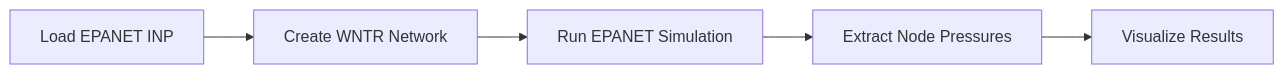
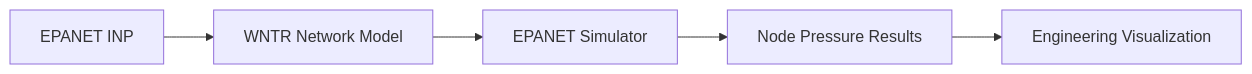
One commit to mahmmooudian/water-network-ai-analyzer changed the third of 9 diagrams in README.md. Above: the diagram before and after it, drawn with Mermaid. The commit also changed other lines of this file, not shown here.

````diff
--- a/README.md
+++ b/README.md
@@ -144,7 +150,7 @@
 ```mermaid
 flowchart LR
-    A[Load EPANET INP] --> B[Create WNTR Network]
-    B --> C[Run EPANET Simulation]
-    C --> D[Extract Node Pressures]
-    D --> E[Visualize Results]
+    A[EPANET INP] --> B[WNTR Network Model]
+    B --> C[EPANET Simulator]
+    C --> D[Node Pressure Results]
+    D --> E[Engineering Visualization]
 ```
````
